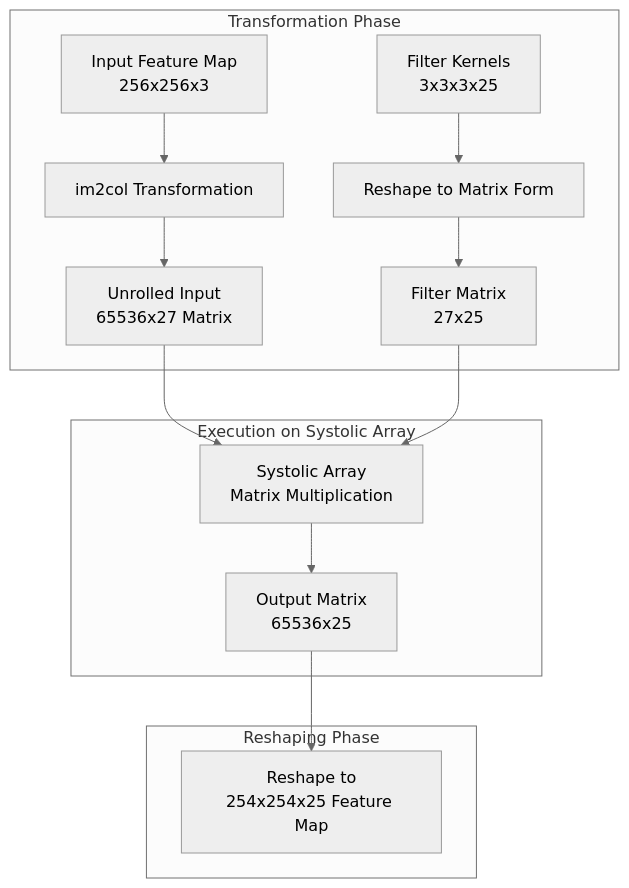
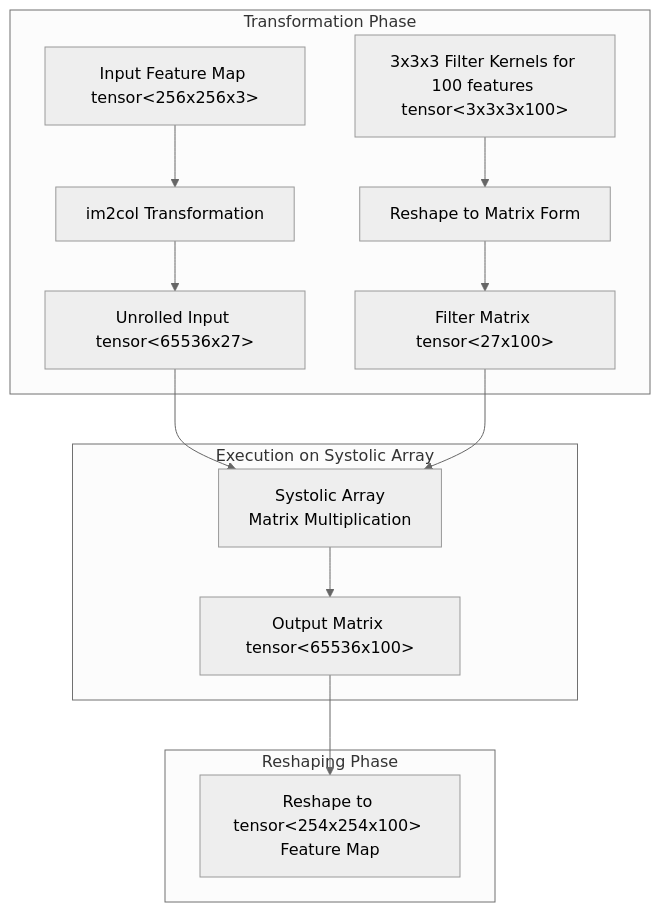
One commit to branes-ai/graphs changed the first of 3 diagrams in im2col.md. Above: the diagram before and after it, drawn with Mermaid (neutral theme). The commit also changed other lines of this file, not shown here.

Commit message:
changing 25 output channels to 100 output channels so it is more unique and recognizable

````diff
--- a/im2col.md
+++ b/im2col.md
@@ -5,19 +5,19 @@
 ```mermaid
 graph TD
     subgraph "Transformation Phase"
-        A[Input Feature Map\n256x256x3] --> B[im2col Transformation]
-        F[Filter Kernels\n3x3x3x25] --> G[Reshape to Matrix Form]
-        B --> C[Unrolled Input\n65536x27 Matrix]
-        G --> H[Filter Matrix\n27x25]
+        A[Input Feature Map tensor<256x256x3>] --> B[im2col Transformation]
+        F[3x3x3 Filter Kernels for 100 features tensor<3x3x3x100>] --> G[Reshape to Matrix Form]
+        B --> C[Unrolled Input tensor<65536x27>]
+        G --> H[Filter Matrix tensor<27x100>]
     end
 
     subgraph "Execution on Systolic Array"
         C --> D[Systolic Array\nMatrix Multiplication]
         H --> D
-        D --> I[Output Matrix\n65536x25]
+        D --> I[Output Matrix tensor<65536x100>]
     end
   
     subgraph "Reshaping Phase"
-        I --> J[Reshape to\n254x254x25 Feature Map]
+        I --> J[Reshape to tensor<254x254x100> Feature Map]
     end
  ```
````
